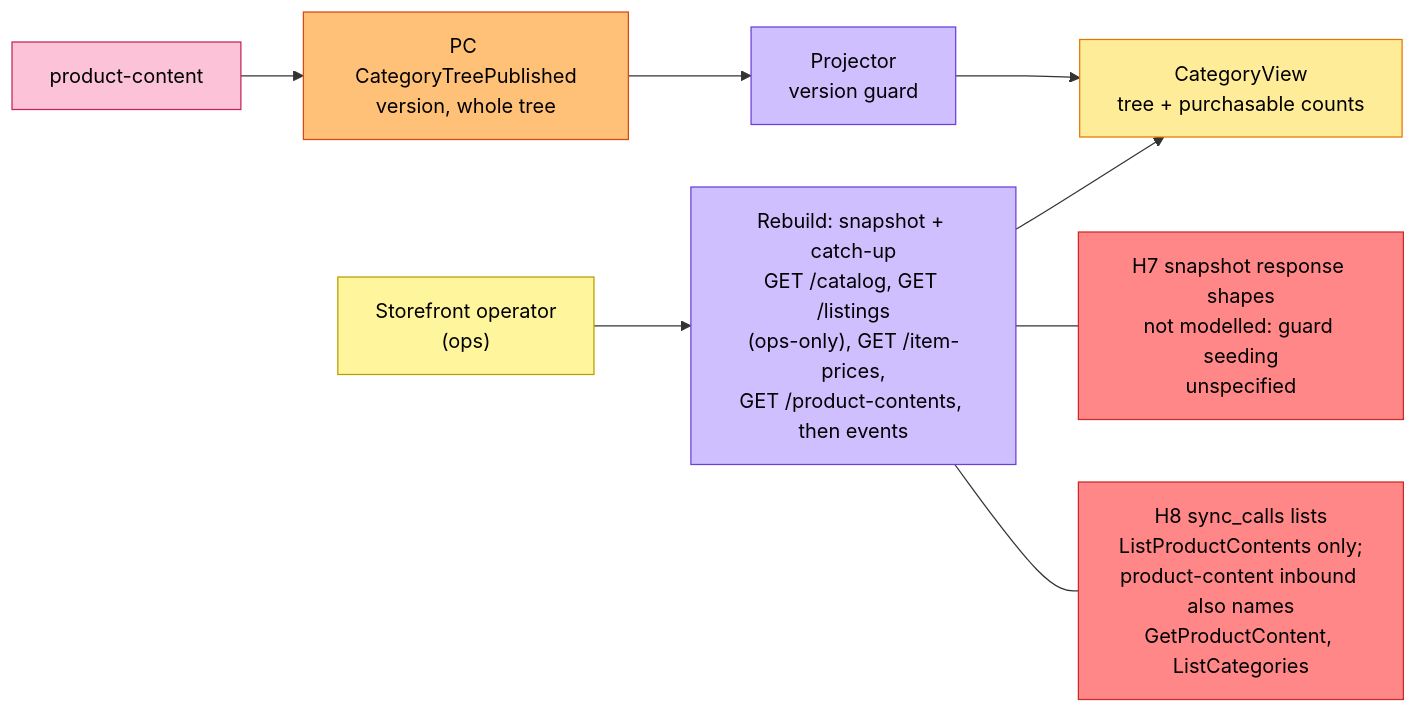
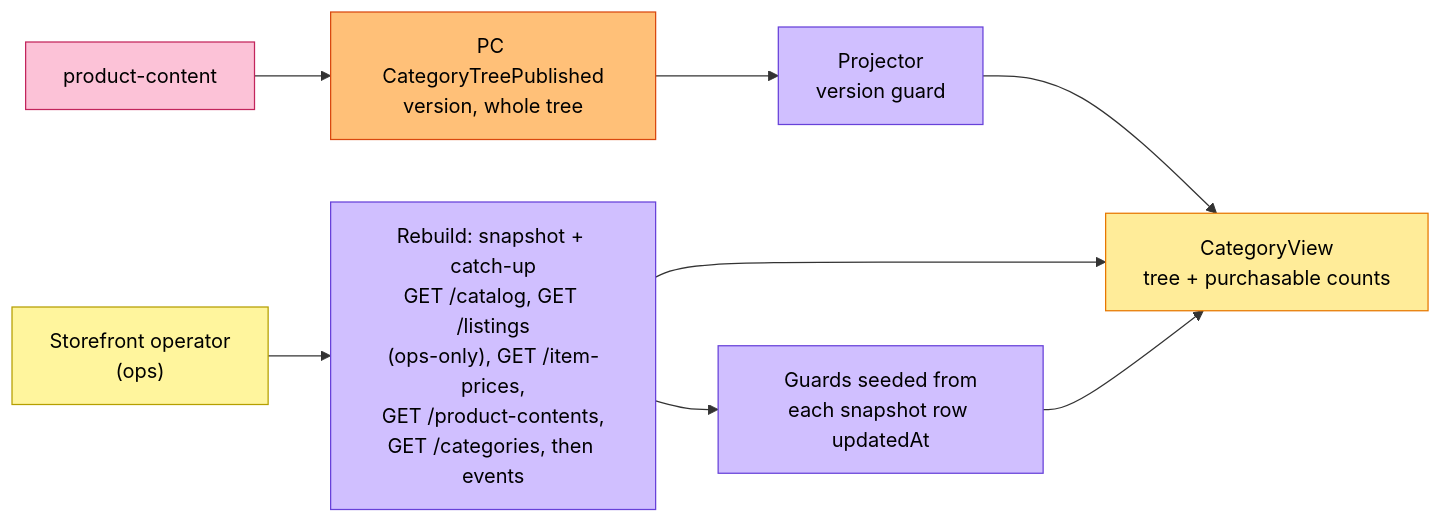
Before and after one commit to IQVO/warehouse-docs: the fourth of 4 diagrams in storefront/docs/contexts/product-discovery/eventstorming.md, drawn with Mermaid. The commit also changed other lines of this file and 16 other files, not shown here.

Commit message:
docs(storefront): model-fix 4-5/7 - product-content, product-discovery, shopping-cart decisions applied; checkout model + events (24->26)

````diff
--- a/storefront/docs/contexts/product-discovery/eventstorming.md
+++ b/storefront/docs/contexts/product-discovery/eventstorming.md
@@ -153,23 +157,21 @@
 ```mermaid
 flowchart LR
     PC["product-content"]:::external
     E1["PC CategoryTreePublished<br/>version, whole tree"]:::event
     P1["Projector<br/>version guard"]:::policy
     RM["CategoryView<br/>tree + purchasable counts"]:::readmodel
     OP["Storefront operator<br/>(ops)"]:::actor
-    B1["Rebuild: snapshot + catch-up<br/>GET /catalog, GET /listings<br/>(ops-only), GET /item-prices,<br/>GET /product-contents, then events"]:::policy
-    H7["H7 snapshot response shapes<br/>not modelled: guard seeding<br/>unspecified"]:::hotspot
-    H8["H8 sync_calls lists<br/>ListProductContents only;<br/>product-content inbound also names<br/>GetProductContent, ListCategories"]:::hotspot
+    B1["Rebuild: snapshot + catch-up<br/>GET /catalog, GET /listings<br/>(ops-only), GET /item-prices,<br/>GET /product-contents,<br/>GET /categories, then events"]:::policy
+    G1["Guards seeded from<br/>each snapshot row updatedAt"]:::policy
 
     PC --> E1 --> P1 --> RM
     OP --> B1 --> RM
-    B1 --- H7
-    B1 --- H8
+    B1 --> G1 --> RM
 
     classDef actor fill:#fff59d,stroke:#b59f00,color:#000
     classDef readmodel fill:#ffec99,stroke:#e67700,color:#000
     classDef event fill:#ffc078,stroke:#d9480f,color:#000
     classDef policy fill:#d0bfff,stroke:#6741d9,color:#000
     classDef external fill:#fcc2d7,stroke:#c2255c,color:#000
     classDef hotspot fill:#ff8787,stroke:#c92a2a,color:#000
 ```
````
